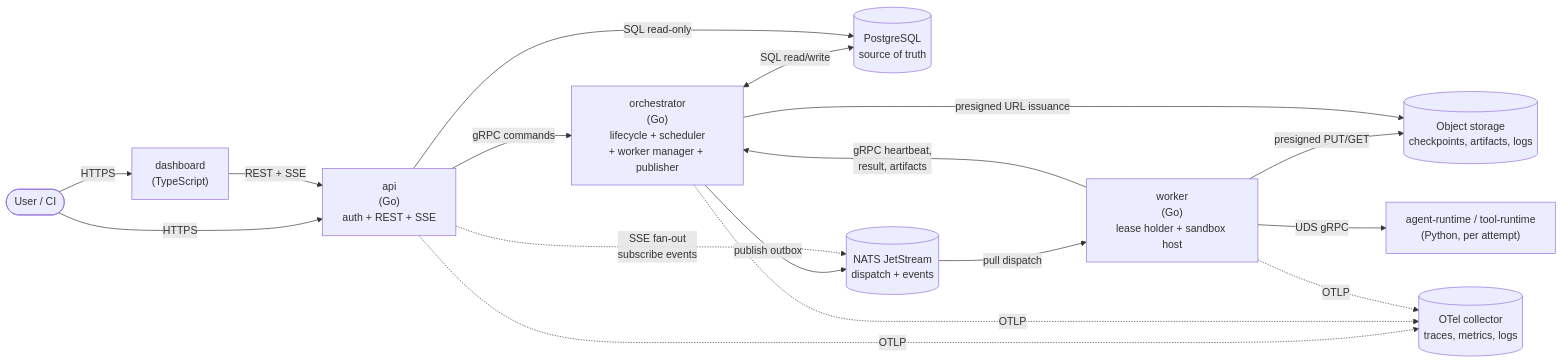
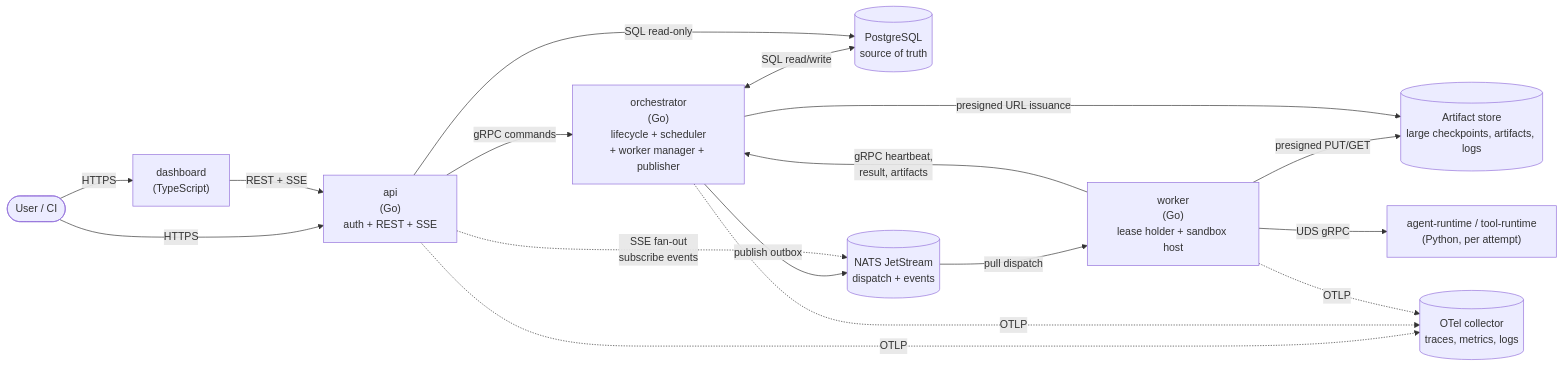
The first of 3 diagrams in docs/architecture.md (kushalsrinivas/agent-platform), drawn with Mermaid before and after one commit. The commit also changed other lines of this file and 78 other files, not shown here.

````diff
--- a/docs/architecture.md
+++ b/docs/architecture.md
@@ -49,28 +49,28 @@
 ```mermaid
 flowchart LR
   user([User / CI])
   dash["dashboard<br/>(TypeScript)"]
   api["api<br/>(Go)<br/>auth + REST + SSE"]
   orch["orchestrator<br/>(Go)<br/>lifecycle + scheduler<br/>+ worker manager + publisher"]
   worker["worker<br/>(Go)<br/>lease holder + sandbox host"]
   py["agent-runtime / tool-runtime<br/>(Python, per attempt)"]
   db[("PostgreSQL<br/>source of truth")]
   nats[("NATS JetStream<br/>dispatch + events")]
-  obj[("Object storage<br/>checkpoints, artifacts, logs")]
+  obj[("Artifact store<br/>large checkpoints, artifacts, logs")]
   obs[("OTel collector<br/>traces, metrics, logs")]
 
   user -->|HTTPS| dash
   user -->|HTTPS| api
   dash -->|REST + SSE| api
   api -->|gRPC commands| orch
   orch <-->|SQL read/write| db
   api -->|SQL read-only| db
   orch -->|publish outbox| nats
   nats -->|pull dispatch| worker
   worker -->|gRPC heartbeat,<br/>result, artifacts| orch
   worker -->|UDS gRPC| py
   worker -->|presigned PUT/GET| obj
   orch -->|presigned URL issuance| obj
   api -.->|SSE fan-out<br/>subscribe events| nats
   api & orch & worker -.->|OTLP| obs
 ```
````
